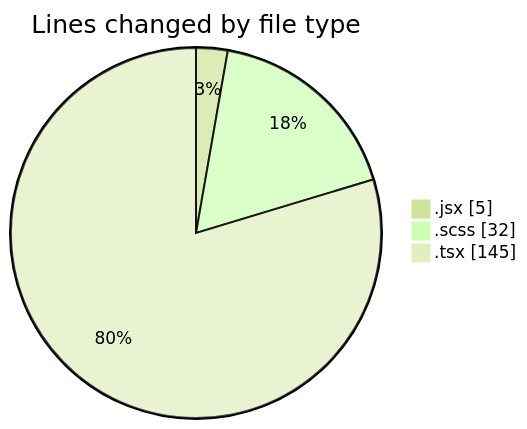
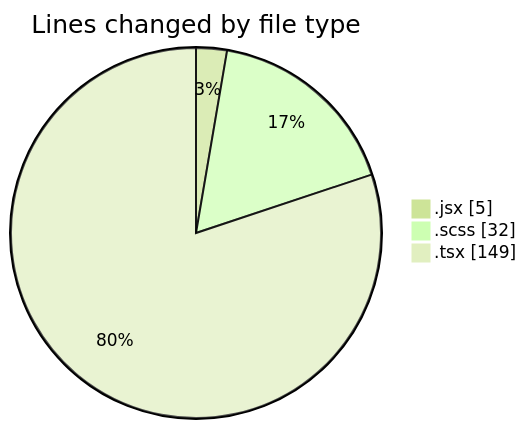
One commit to momahboobian/code-tracking changed the first of 2 diagrams in 2025-06-06/cda/README.md. Above: the diagram before and after it, drawn with Mermaid (forest theme). The commit also changed other lines of this file and 1 other file, not shown here.

````diff
--- a/2025-06-06/cda/README.md
+++ b/2025-06-06/cda/README.md
@@ -23,7 +23,7 @@
 ```mermaid
 pie showData
 title Lines changed by file type
 ".jsx" : 5
 ".scss" : 32
-".tsx" : 145
+".tsx" : 149
 ```
````
